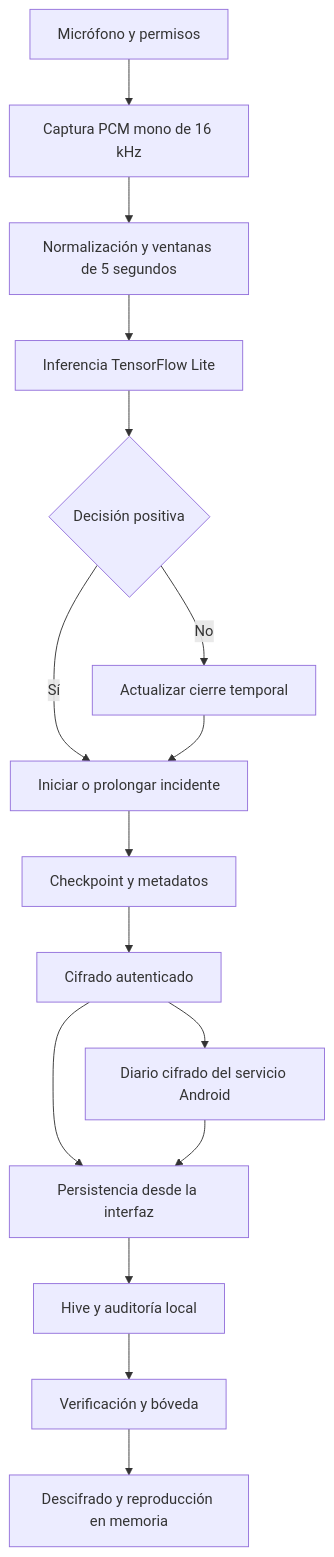
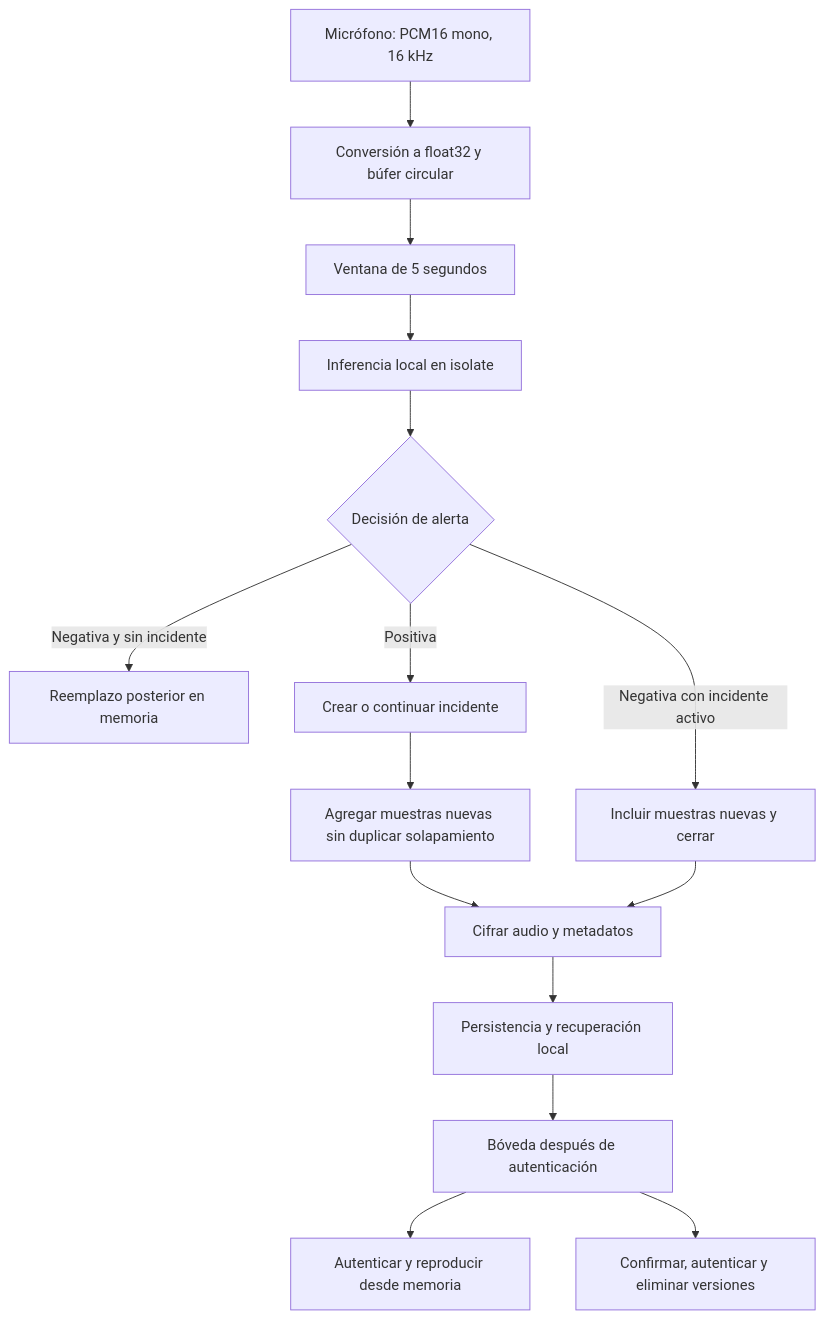
Before and after one commit to saaaan25/serene: the diagram in docs/informe-tecnico-tesis.md, drawn with Mermaid. The commit also changed other lines of this file and 1 other file, not shown here.

````diff
--- a/docs/informe-tecnico-tesis.md
+++ b/docs/informe-tecnico-tesis.md
@@ -147,18 +55,17 @@
 ```mermaid
 flowchart TD
-    A[Micrófono y permisos] --> B[Captura PCM mono de 16 kHz]
-    B --> C[Normalización y ventanas de 5 segundos]
-    C --> D[Inferencia TensorFlow Lite]
-    D --> E{Decisión positiva}
-    E -->|Sí| F[Iniciar o prolongar incidente]
-    E -->|No| G[Actualizar cierre temporal]
-    G --> F
-    F --> H[Checkpoint y metadatos]
-    H --> I[Cifrado autenticado]
-    I --> J[Diario cifrado del servicio Android]
-    I --> K[Persistencia desde la interfaz]
-    J --> K
-    K --> L[Hive y auditoría local]
-    L --> M[Verificación y bóveda]
-    M --> N[Descifrado y reproducción en memoria]
+    A[Micrófono: PCM16 mono, 16 kHz] --> B[Conversión a float32 y búfer circular]
+    B --> C[Ventana de 5 segundos]
+    C --> D[Inferencia local en isolate]
+    D --> E{Decisión de alerta}
+    E -->|Negativa y sin incidente| F[Reemplazo posterior en memoria]
+    E -->|Positiva| G[Crear o continuar incidente]
+    E -->|Negativa con incidente activo| N[Incluir muestras nuevas y cerrar]
+    G --> H[Agregar muestras nuevas sin duplicar solapamiento]
+    H --> I[Cifrar audio y metadatos]
+    N --> I
+    I --> J[Persistencia y recuperación local]
+    J --> K[Bóveda después de autenticación]
+    K --> L[Autenticar y reproducir desde memoria]
+    K --> M[Confirmar, autenticar y eliminar versiones]
 ```
````
